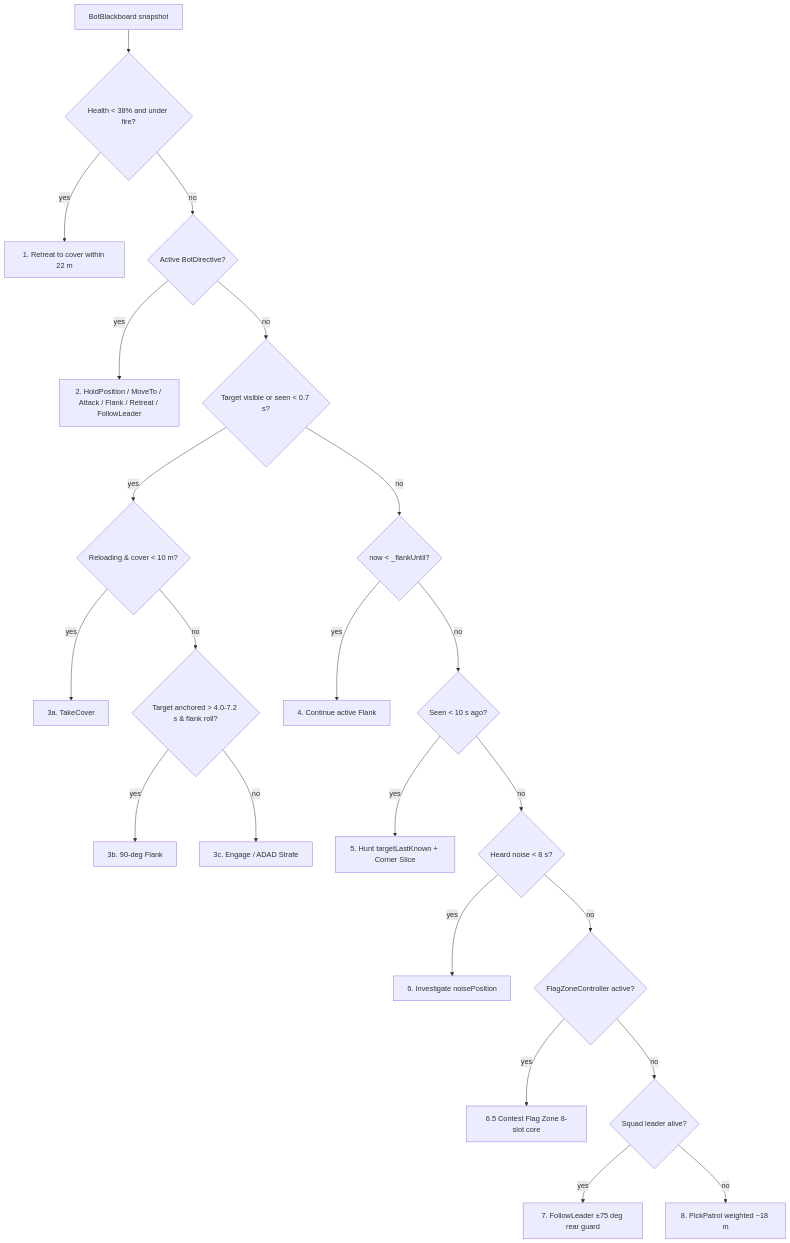
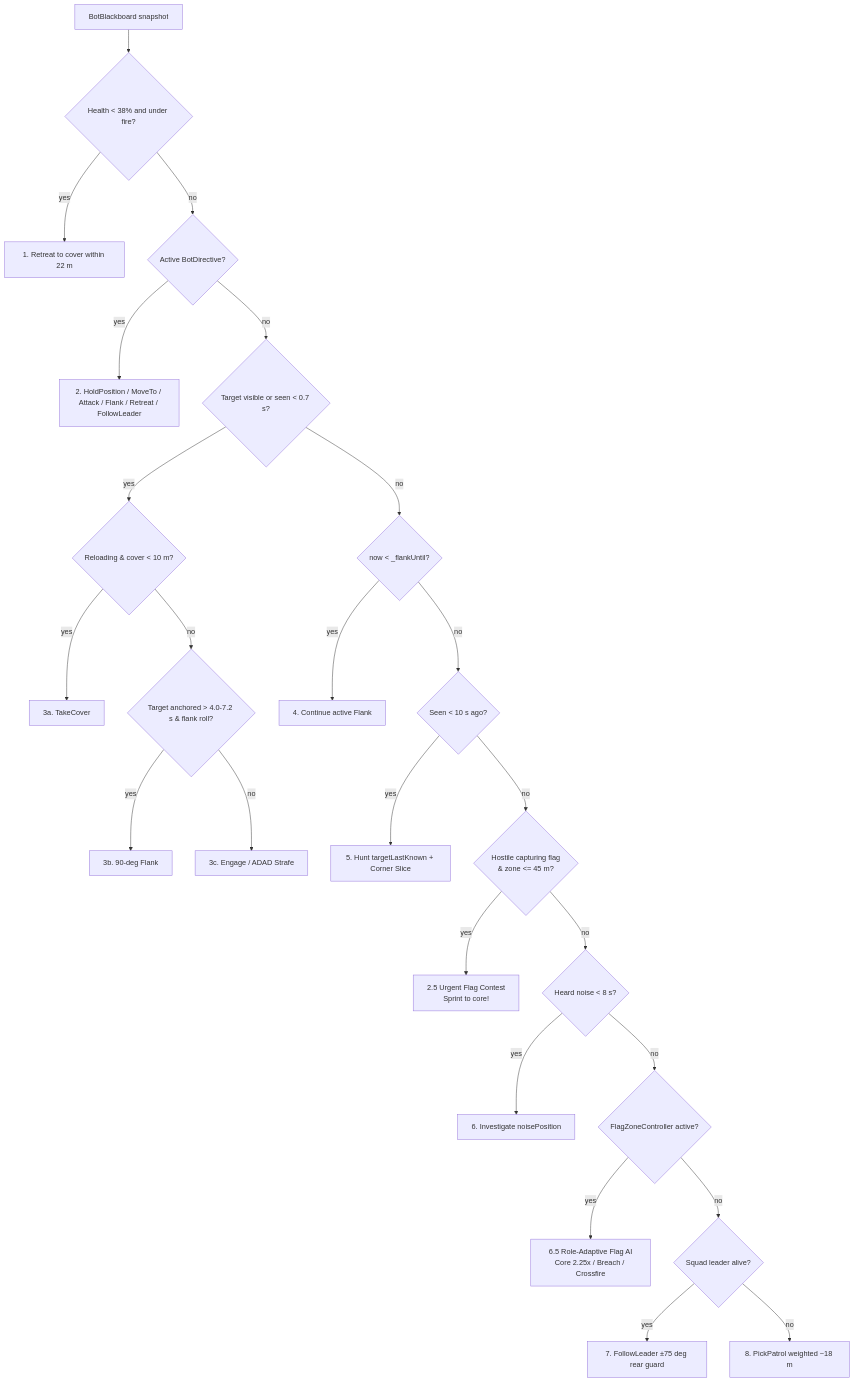
Before and after one commit to Tokey/Lead-Rush-2: the diagram in Docs/LR2_Bot_Explainer.md, drawn with Mermaid. The commit also changed other lines of this file and 98 other files, not shown here.

Commit message:
LR2 multi-agent milestone: B55 MK18 default, B58 music, B59 death ADS/clipping, B51/B61 Unified CTF + Smart Flag AI, B14/B62 killcam recoil + funny gamertags, B60 HyperMotion, B56 telemetry & task source logs

````diff
--- a/Docs/LR2_Bot_Explainer.md
+++ b/Docs/LR2_Bot_Explainer.md
@@ -44,24 +44,26 @@
 ```mermaid
 flowchart TD
     A[BotBlackboard snapshot] --> B{Health < 38% and under fire?}
     B -->|yes| R[1. Retreat to cover within 22 m]
     B -->|no| C{Active BotDirective?}
     C -->|yes| O[2. HoldPosition / MoveTo / Attack / Flank / Retreat / FollowLeader]
     C -->|no| V{Target visible or seen < 0.7 s?}
     V -->|yes| V1{Reloading & cover < 10 m?}
     V1 -->|yes| TC[3a. TakeCover]
     V1 -->|no| V2{Target anchored > 4.0-7.2 s & flank roll?}
     V2 -->|yes| FL[3b. 90-deg Flank]
     V2 -->|no| EN[3c. Engage / ADAD Strafe]
     V -->|no| AF{now < _flankUntil?}
     AF -->|yes| FL2[4. Continue active Flank]
     AF -->|no| H{Seen < 10 s ago?}
     H -->|yes| HU[5. Hunt targetLastKnown + Corner Slice]
-    H -->|no| N{Heard noise < 8 s?}
+    H -->|no| FC{Hostile capturing flag<br/>& zone <= 45 m?}
+    FC -->|yes| UC[2.5 Urgent Flag Contest<br/>Sprint to core!]
+    FC -->|no| N{Heard noise < 8 s?}
     N -->|yes| IN[6. Investigate noisePosition]
     N -->|no| CTF{FlagZoneController active?}
-    CTF -->|yes| FZ[6.5 Contest Flag Zone 8-slot core]
+    CTF -->|yes| FZ[6.5 Role-Adaptive Flag AI<br/>Core 2.25x / Breach / Crossfire]
     CTF -->|no| SL{Squad leader alive?}
     SL -->|yes| FO[7. FollowLeader ±75 deg rear guard]
     SL -->|no| P[8. PickPatrol weighted ~18 m]
 ```
````
